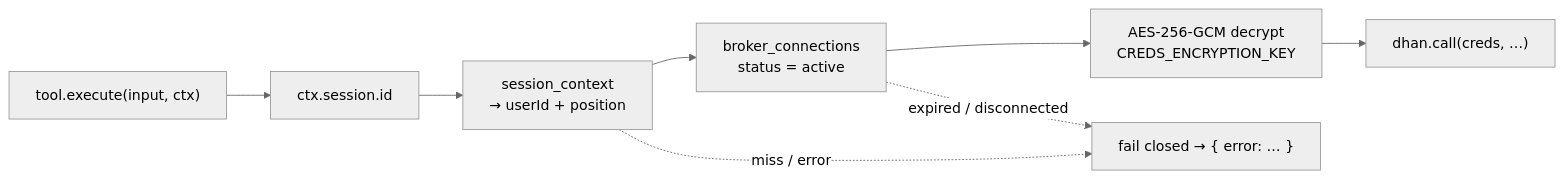
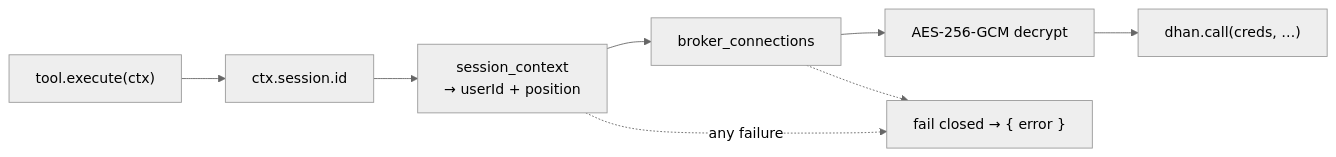
Before and after one commit to MADHAN-CJ/zap-eve: the fourth of 4 diagrams in README.md, drawn with Mermaid (neutral theme). The commit also changed other lines of this file, not shown here.

````diff
--- a/README.md
+++ b/README.md
@@ -208,10 +127,10 @@
 ```mermaid
 flowchart LR
-    T["tool.execute(input, ctx)"] --> S["ctx.session.id"]
+    T["tool.execute(ctx)"] --> S["ctx.session.id"]
     S --> SC["session_context<br/>→ userId + position"]
-    SC --> BC["broker_connections<br/>status = active"]
-    BC --> DEC["AES-256-GCM decrypt<br/>CREDS_ENCRYPTION_KEY"]
+    SC --> BC["broker_connections"]
+    BC --> DEC["AES-256-GCM decrypt"]
     DEC --> CALL["dhan.call(creds, …)"]
-    SC -.->|"miss / error"| FAIL["fail closed → { error: … }"]
-    BC -.->|"expired / disconnected"| FAIL
+    SC -.->|"any failure"| FAIL["fail closed → { error }"]
+    BC -.-> FAIL
 ```
````
